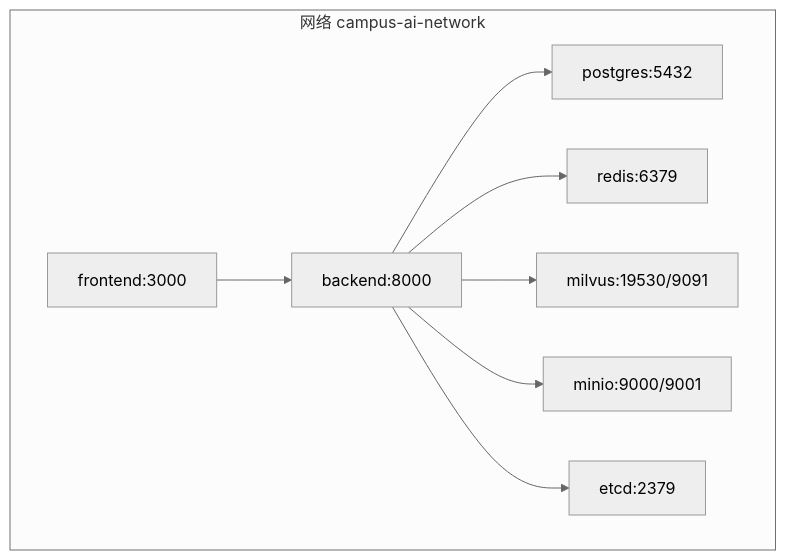
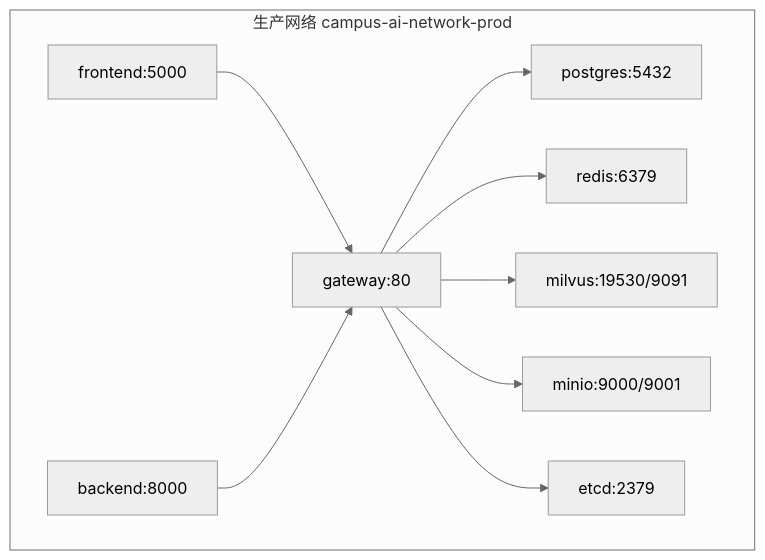
One commit to ghbbn053-ship-itsoulddog/soulddog changed the fifth of 7 diagrams in .qoder/repowiki/zh/content/部署与运维/部署与运维.md. Above: the diagram before and after it, drawn with Mermaid (neutral theme). The commit also changed other lines of this file and 119 other files, not shown here.

````diff
--- a/.qoder/repowiki/zh/content/部署与运维/部署与运维.md
+++ b/.qoder/repowiki/zh/content/部署与运维/部署与运维.md
@@ -182,18 +199,20 @@
 ```mermaid
 graph TB
-subgraph "网络 campus-ai-network"
-Front["frontend:3000"]
+subgraph "生产网络 campus-ai-network-prod"
+Front["frontend:5000"]
 Back["backend:8000"]
+GW["gateway:80"]
 PG["postgres:5432"]
 RD["redis:6379"]
 ET["etcd:2379"]
 MI["minio:9000/9001"]
 MV["milvus:19530/9091"]
 end
-Front --> Back
-Back --> PG
-Back --> RD
-Back --> MV
-Back --> MI
-Back --> ET
+Front --> GW
+Back --> GW
+GW --> PG
+GW --> RD
+GW --> MV
+GW --> MI
+GW --> ET
 ```
````
